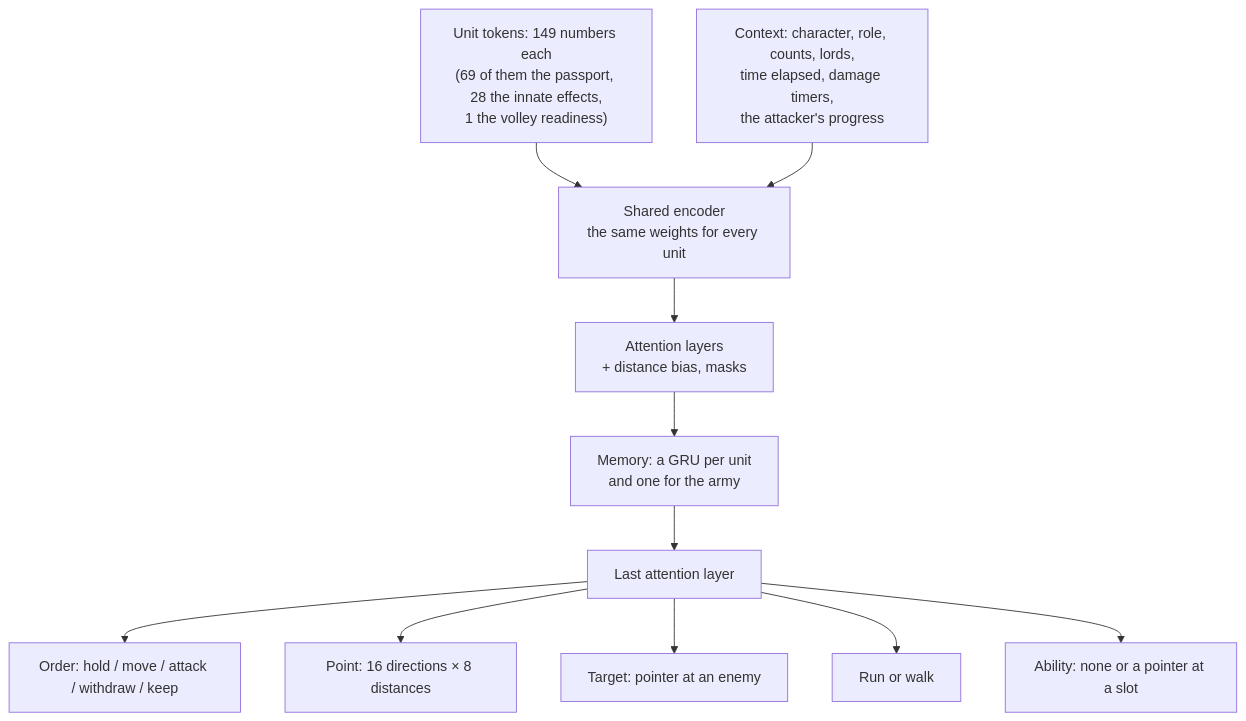
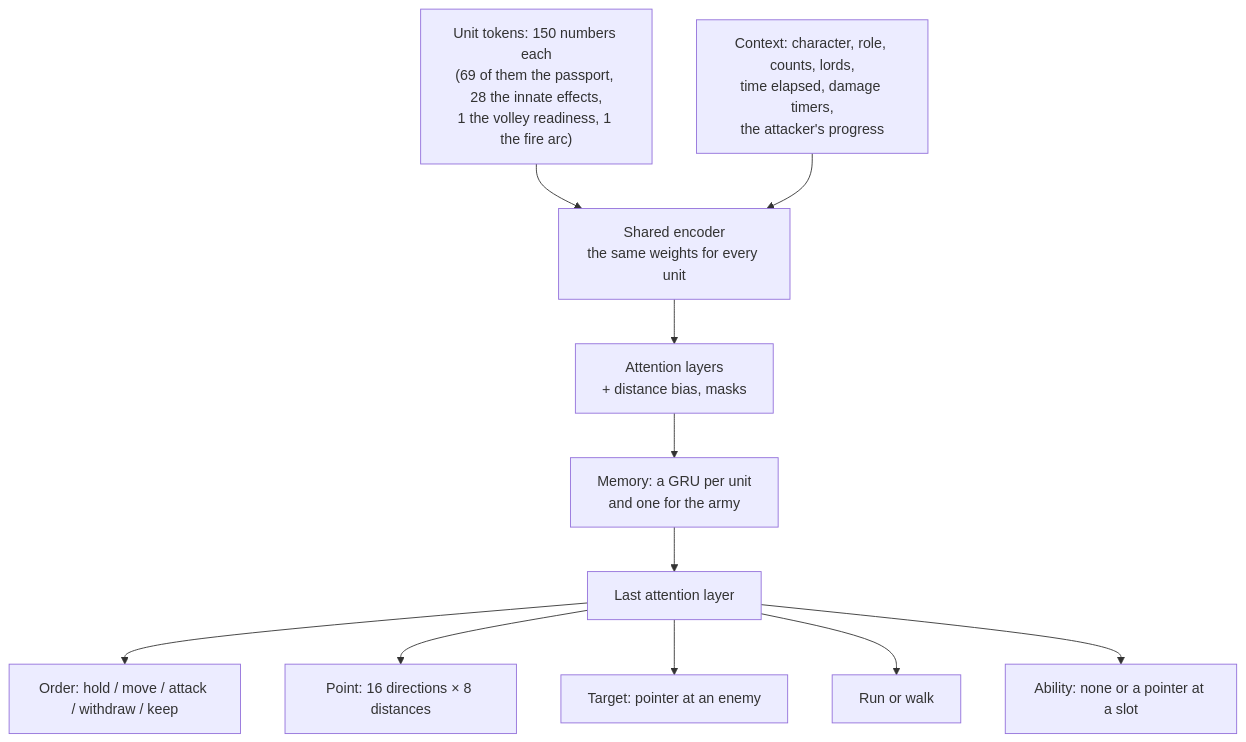
Before and after one commit to DimaZero7/TWW3-batle-ai: the second of 2 diagrams in docs/en/training/model.md, drawn with Mermaid. The commit also changed other lines of this file and 37 other files, not shown here.

````diff
--- a/docs/en/training/model.md
+++ b/docs/en/training/model.md
@@ -209,13 +223,13 @@
 ```mermaid
 flowchart TB
-  tok["Unit tokens: 149 numbers each<br/>(69 of them the passport, 28 the innate effects,<br/>1 the volley readiness)"] --> enc["Shared encoder<br/>the same weights for every unit"]
+  tok["Unit tokens: 150 numbers each<br/>(69 of them the passport, 28 the innate effects,<br/>1 the volley readiness, 1 the fire arc)"] --> enc["Shared encoder<br/>the same weights for every unit"]
   ctx["Context: character, role, counts, lords,<br/>time elapsed, damage timers,<br/>the attacker's progress"] --> enc
   enc --> att["Attention layers<br/>+ distance bias, masks"]
   att --> gru["Memory: a GRU per unit<br/>and one for the army"]
   gru --> last["Last attention layer"]
   last --> kind["Order: hold / move / attack / withdraw / keep"]
   last --> point["Point: 16 directions × 8 distances"]
   last --> ptr["Target: pointer at an enemy"]
   last --> run["Run or walk"]
   last --> abil["Ability: none or a pointer at a slot"]
 ```
````
